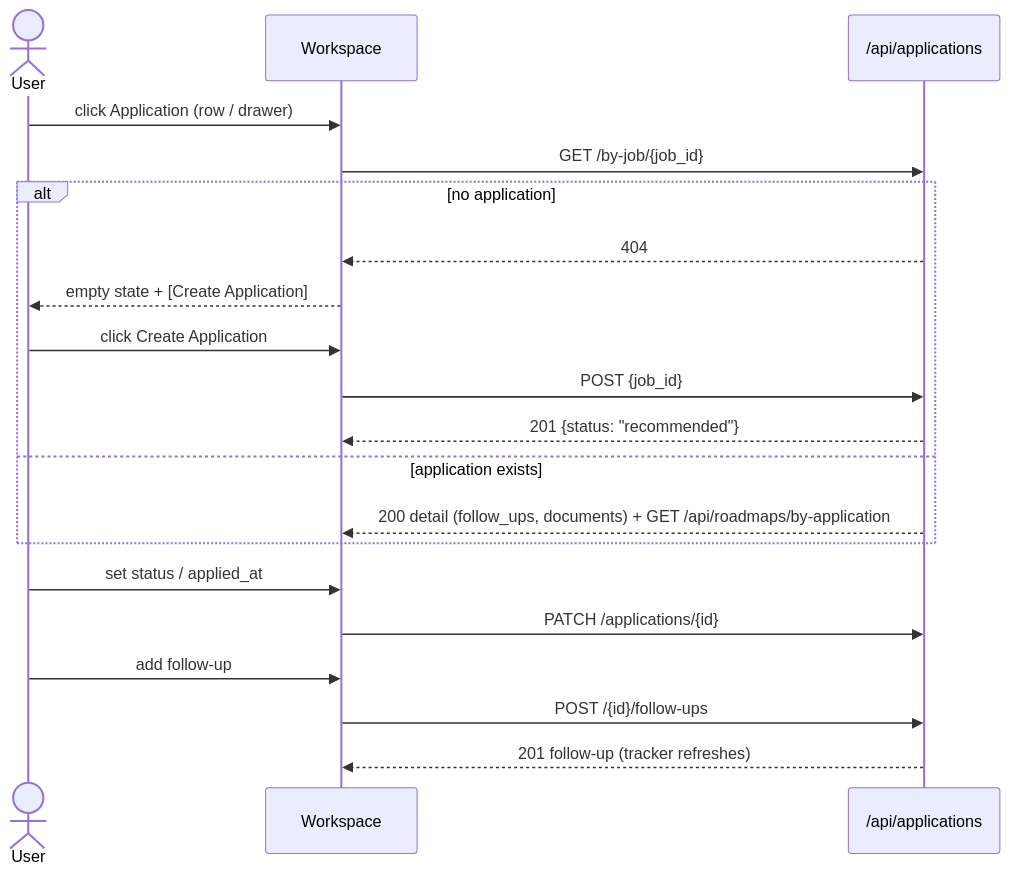
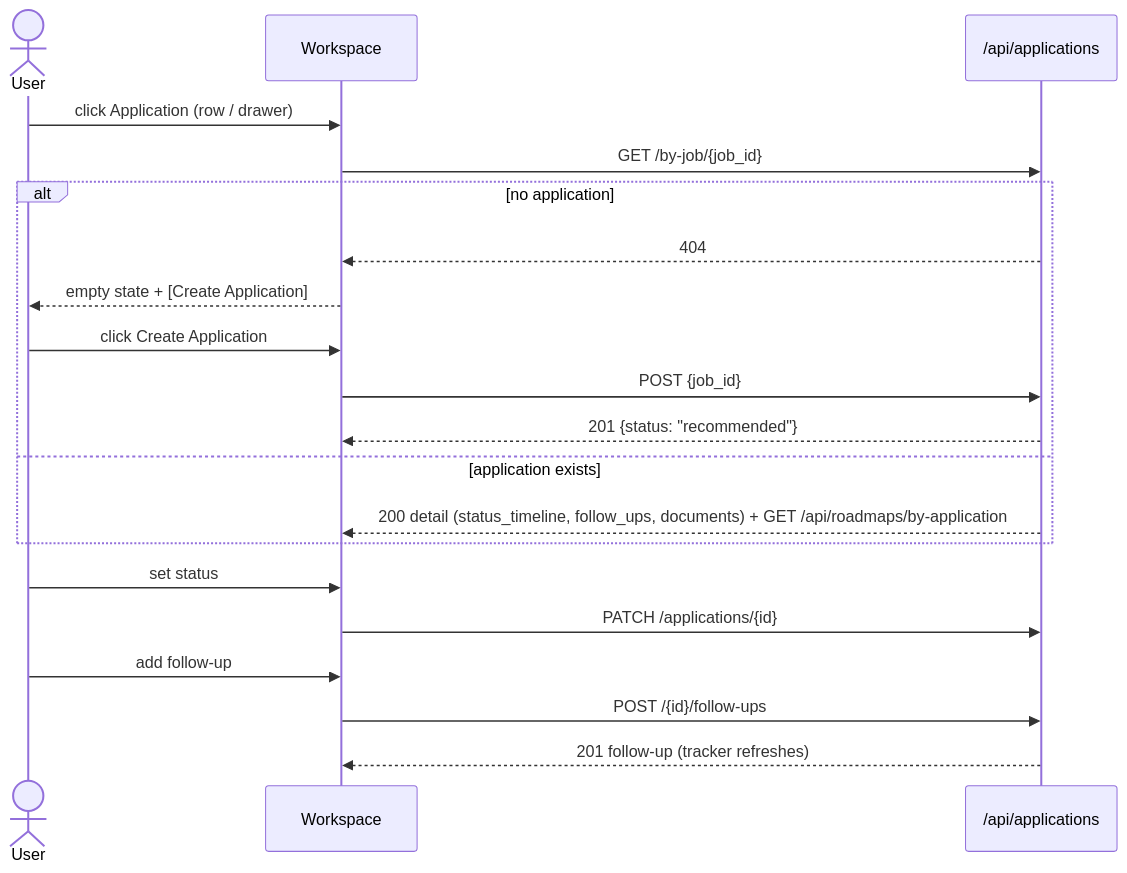
One commit to hassan-mohagheghian/career-os changed the second of 2 diagrams in docs/ux/flows/applications/prepare-and-apply.md. Above: the diagram before and after it, drawn with Mermaid. The commit also changed other lines of this file and 91 other files, not shown here.

First line of the commit message:
feat(applications): status timeline with mandatory seen node, placeholders + PDF export

````diff
--- a/docs/ux/flows/applications/prepare-and-apply.md
+++ b/docs/ux/flows/applications/prepare-and-apply.md
@@ -71,22 +71,22 @@
 ```mermaid
 sequenceDiagram
     actor U as User
     participant W as Workspace
     participant API as /api/applications
     U->>W: click Application (row / drawer)
     W->>API: GET /by-job/{job_id}
     alt no application
         API-->>W: 404
         W-->>U: empty state + [Create Application]
         U->>W: click Create Application
         W->>API: POST {job_id}
         API-->>W: 201 {status: "recommended"}
     else application exists
-        API-->>W: 200 detail (follow_ups, documents) + GET /api/roadmaps/by-application
+        API-->>W: 200 detail (status_timeline, follow_ups, documents) + GET /api/roadmaps/by-application
     end
-    U->>W: set status / applied_at
+    U->>W: set status
     W->>API: PATCH /applications/{id}
     U->>W: add follow-up
     W->>API: POST /{id}/follow-ups
     API-->>W: 201 follow-up (tracker refreshes)
 ```
````
